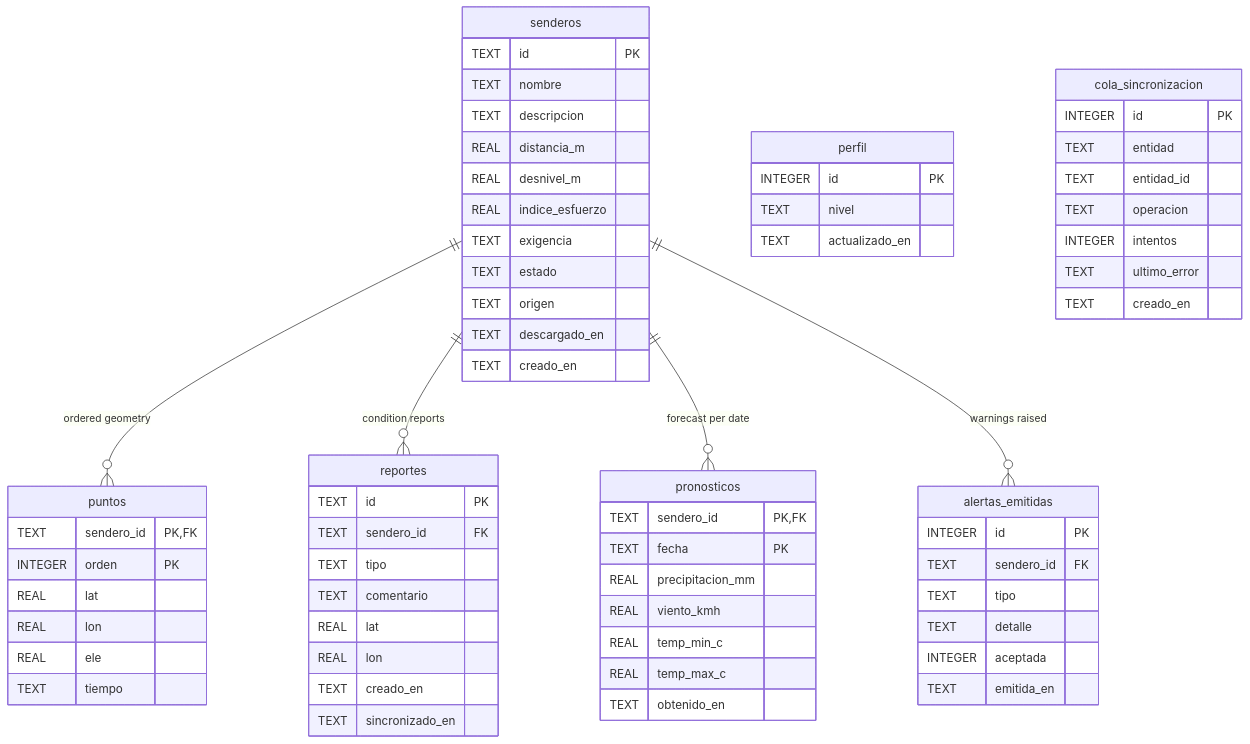
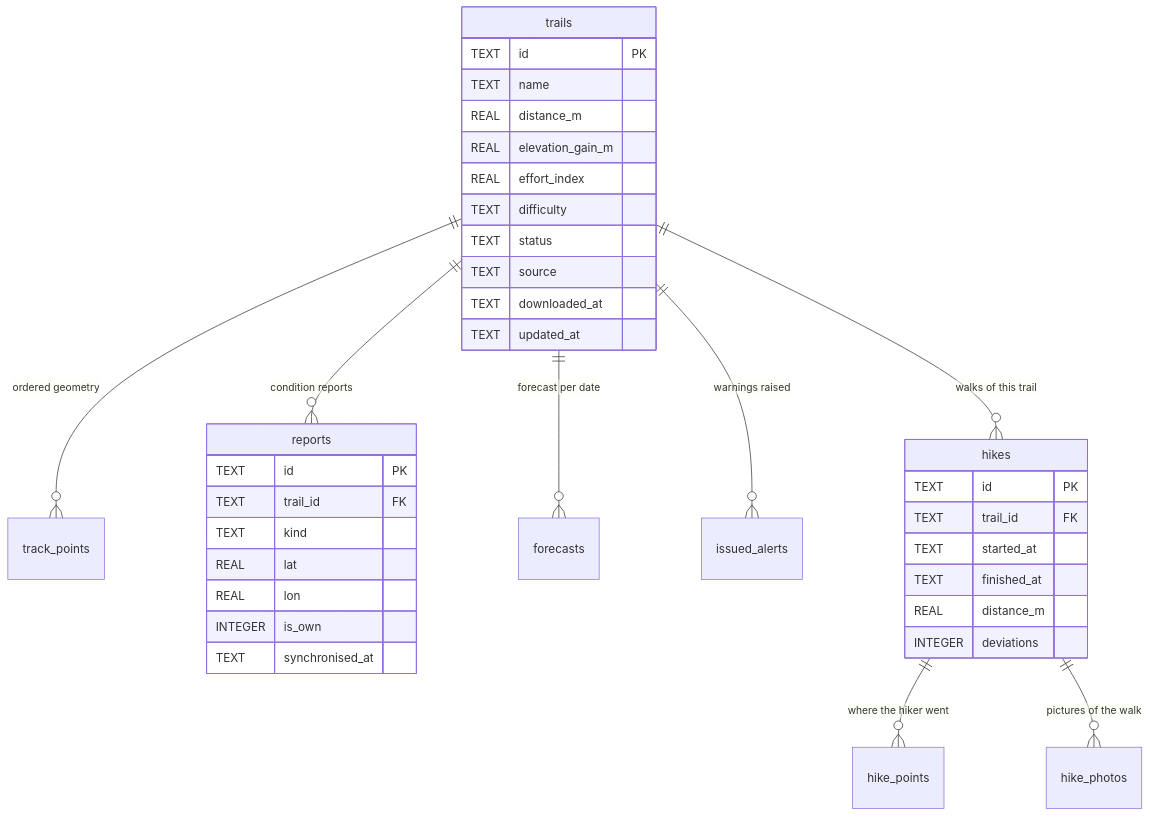
Before and after one commit to gallardolula/trekkapp: the diagram in docs/data-model.md, drawn with Mermaid. The commit also changed other lines of this file and 14 other files, not shown here.

````diff
--- a/docs/data-model.md
+++ b/docs/data-model.md
@@ -18,70 +19,40 @@
 ```mermaid
 erDiagram
-    senderos ||--o{ puntos : "ordered geometry"
-    senderos ||--o{ reportes : "condition reports"
-    senderos ||--o{ pronosticos : "forecast per date"
-    senderos ||--o{ alertas_emitidas : "warnings raised"
+    trails ||--o{ track_points : "ordered geometry"
+    trails ||--o{ reports : "condition reports"
+    trails ||--o{ forecasts : "forecast per date"
+    trails ||--o{ issued_alerts : "warnings raised"
+    trails ||--o{ hikes : "walks of this trail"
+    hikes  ||--o{ hike_points : "where the hiker went"
+    hikes  ||--o{ hike_photos : "pictures of the walk"
 
-    senderos {
+    trails {
         TEXT id PK
-        TEXT nombre
-        TEXT descripcion
-        REAL distancia_m
-        REAL desnivel_m
-        REAL indice_esfuerzo
-        TEXT exigencia
-        TEXT estado
-        TEXT origen
-        TEXT descargado_en
-        TEXT creado_en
+        TEXT name
+        REAL distance_m
+        REAL elevation_gain_m
+        REAL effort_index
+        TEXT difficulty
+        TEXT status
+        TEXT source
+        TEXT downloaded_at
+        TEXT updated_at
     }
-    puntos {
-        TEXT sendero_id PK, FK
-        INTEGER orden PK
+    hikes {
+        TEXT id PK
+        TEXT trail_id FK
+        TEXT started_at
+        TEXT finished_at
+        REAL distance_m
+        INTEGER deviations
+    }
+    reports {
+        TEXT id PK
+        TEXT trail_id FK
+        TEXT kind
         REAL lat
         REAL lon
-        REAL ele
-        TEXT tiempo
-    }
-    perfil {
-        INTEGER id PK
-        TEXT nivel
-        TEXT actualizado_en
-    }
-    reportes {
-        TEXT id PK
-        TEXT sendero_id FK
-        TEXT tipo
-        TEXT comentario
-        REAL lat
-        REAL lon
-        TEXT creado_en
-        TEXT sincronizado_en
-    }
-    cola_sincronizacion {
-        INTEGER id PK
-        TEXT entidad
-        TEXT entidad_id
-        TEXT operacion
-        INTEGER intentos
-        TEXT ultimo_error
-        TEXT creado_en
-    }
-    pronosticos {
-        TEXT sendero_id PK, FK
-        TEXT fecha PK
-        REAL precipitacion_mm
-        REAL viento_kmh
-        REAL temp_min_c
-        REAL temp_max_c
-        TEXT obtenido_en
-    }
-    alertas_emitidas {
-        INTEGER id PK
-        TEXT sendero_id FK
-        TEXT tipo
-        TEXT detalle
-        INTEGER aceptada
-        TEXT emitida_en
+        INTEGER is_own
+        TEXT synchronised_at
     }
 ```
````
